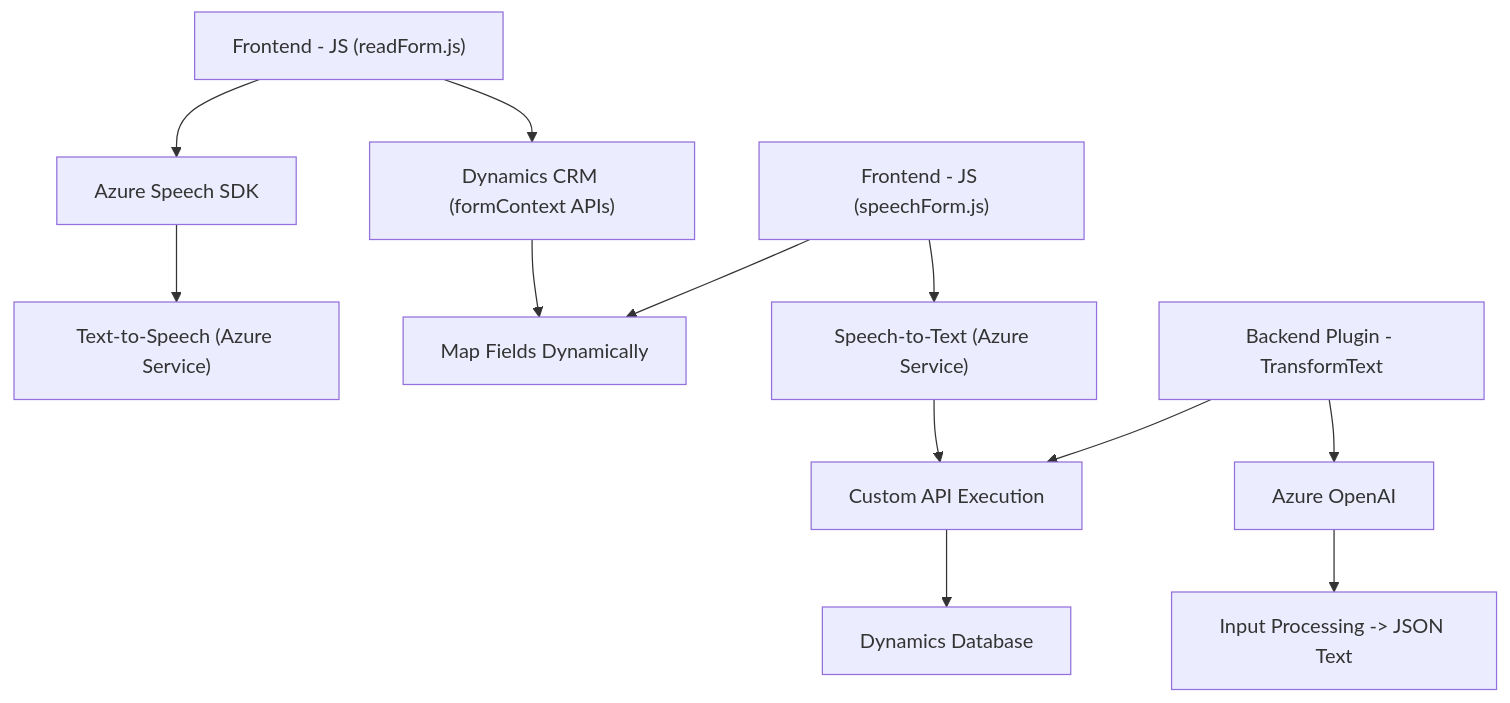
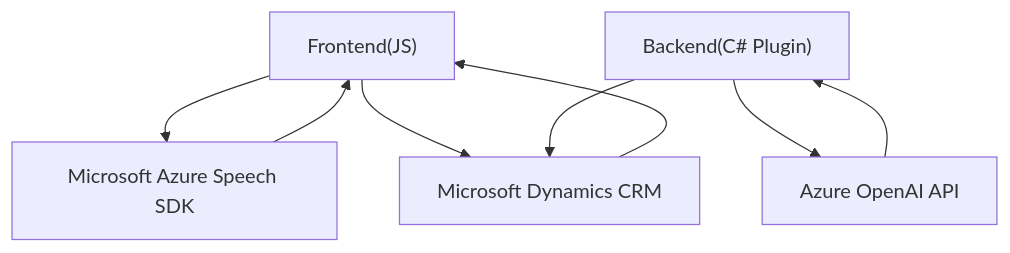
One commit to blopezdm/NETCORE_BILBAO2025 changed the diagram in README.md. Above: the diagram before and after it, drawn with Mermaid. The commit also changed other lines of this file, not shown here.

````diff
--- a/README.md
+++ b/README.md
@@ -50,14 +59,16 @@
 ```mermaid
 graph TD
-    A["Frontend - JS (readForm.js)"] --> B["Azure Speech SDK"]
-    A --> C["Dynamics CRM (formContext APIs)"]
-    B --> D["Text-to-Speech (Azure Service)"]
-    C --> E["Extract Visible Form Data"]
-    F["Frontend - JS (speechForm.js)"] --> G["Speech-to-Text (Azure Service)"]
-    F --> E["Map Fields Dynamically"]
-    G --> H["Call Dynamics CRM Custom API"]
-    I["Backend Plugin - TransformText"] --> J["Azure OpenAI"]
-    I --> H["Custom API Execution"]
-    J --> K["Input Processing -> JSON Text"]
-    H --> L["Dynamics Database"]
+A["Frontend(JS)"]
+B["Backend(C# Plugin)"]
+C["Microsoft Azure Speech SDK"]
+D["Microsoft Dynamics CRM"]
+E["Azure OpenAI API"]
+
+A --> C
+A --> D
+B --> D
+B --> E
+C --> A
+D --> A
+E --> B
 ```
````
